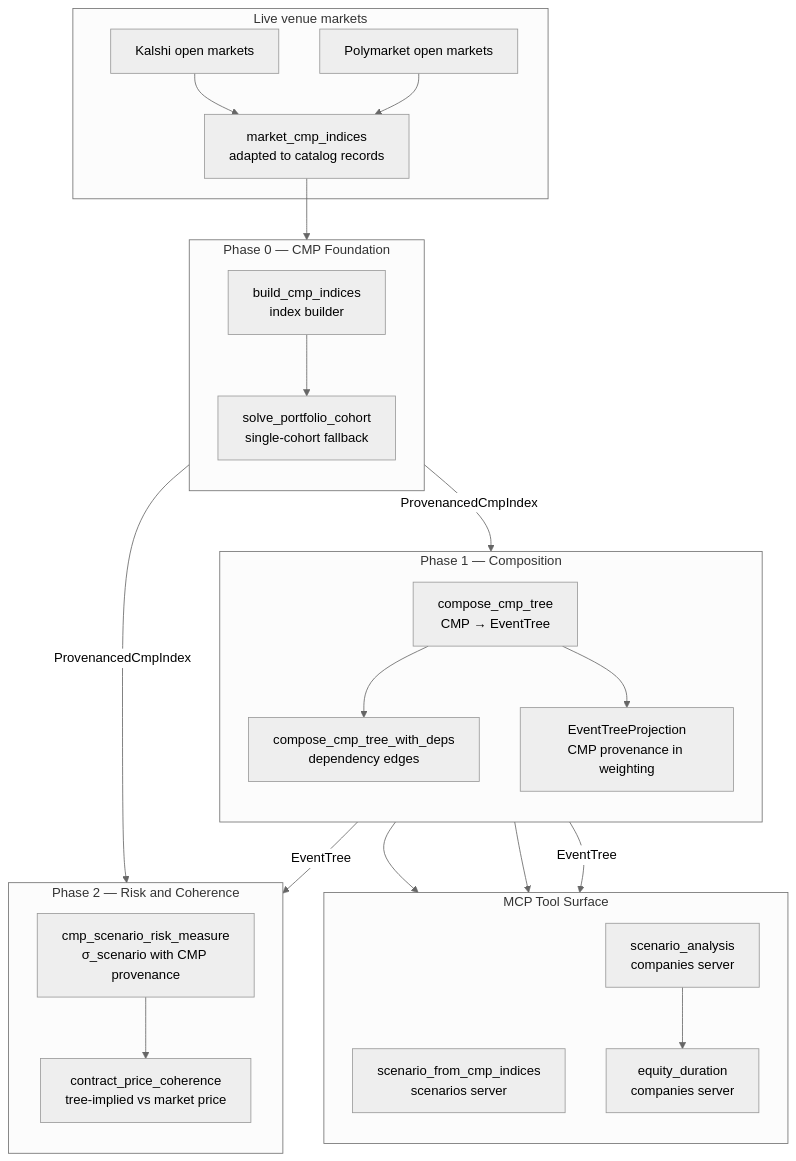
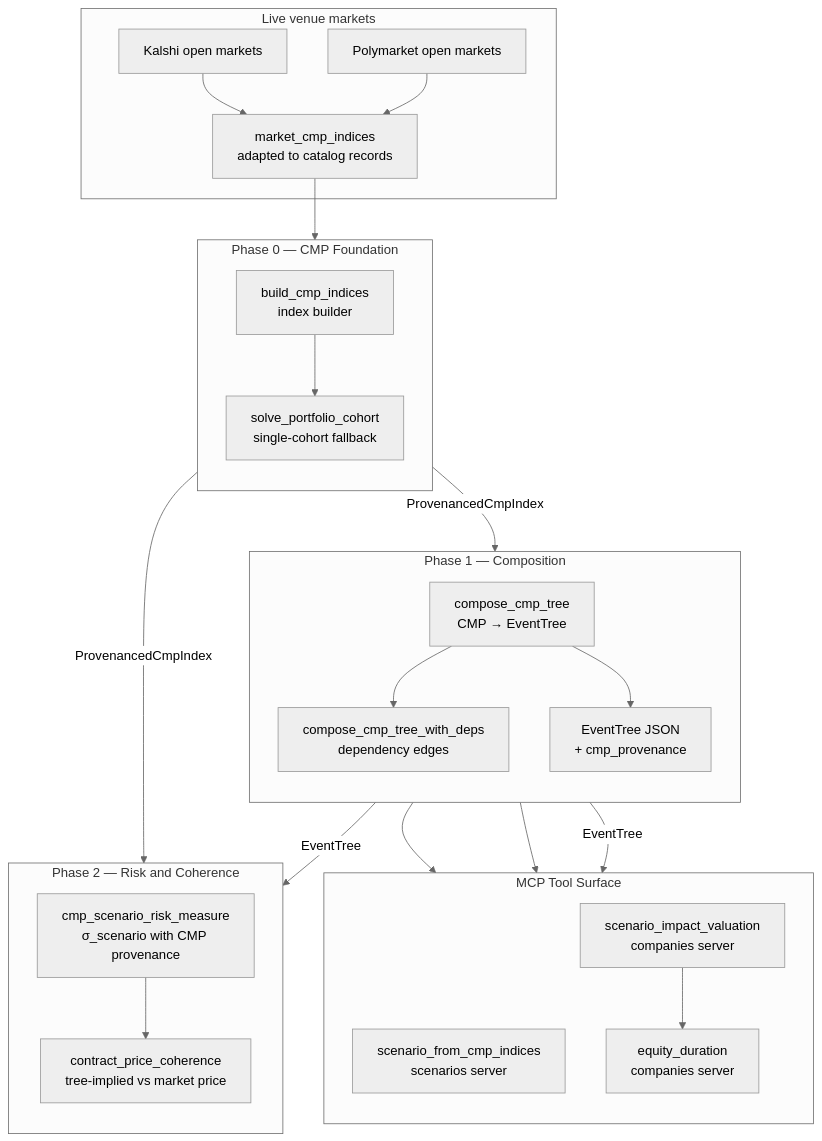
The first of 13 diagrams in kask/docs/diagrams/architecture.md (mdz-axo/zed-kask), drawn with Mermaid (neutral theme) before and after one commit. The commit also changed other lines of this file and 35 other files, not shown here.

First line of the commit message:
Delete the screening, reports, files, and 2x2 scenario tools from the companies server

````diff
--- a/kask/docs/diagrams/architecture.md
+++ b/kask/docs/diagrams/architecture.md
@@ -37,49 +37,49 @@
 ```mermaid
 graph TD
     subgraph venues["Live venue markets"]
         kalshi["Kalshi open markets"]
         gamma["Polymarket open markets"]
         contracts["market_cmp_indices<br/>adapted to catalog records"]
     end
 
     subgraph phase0["Phase 0 — CMP Foundation"]
         direction TB
         build["build_cmp_indices<br/>index builder"]
         cohort["solve_portfolio_cohort<br/>single-cohort fallback"]
         build --> cohort
     end
 
     subgraph phase1["Phase 1 — Composition"]
         direction TB
         compose["compose_cmp_tree<br/>CMP → EventTree"]
         deps["compose_cmp_tree_with_deps<br/>dependency edges"]
-        tree_weight["EventTreeProjection<br/>CMP provenance in weighting"]
+        tree_out["EventTree JSON<br/>+ cmp_provenance"]
         compose --> deps
-        compose --> tree_weight
+        compose --> tree_out
     end
 
     subgraph phase2["Phase 2 — Risk and Coherence"]
         direction TB
         risk["cmp_scenario_risk_measure<br/>σ_scenario with CMP provenance"]
         coherence["contract_price_coherence<br/>tree-implied vs market price"]
         risk --> coherence
     end
 
     subgraph mcp_tools["MCP Tool Surface"]
         direction TB
         tool_cmp["scenario_from_cmp_indices<br/>scenarios server"]
-        tool_analysis["scenario_analysis<br/>companies server"]
+        tool_impact["scenario_impact_valuation<br/>companies server"]
         tool_duration["equity_duration<br/>companies server"]
     end
 
     kalshi --> contracts
     gamma --> contracts
     contracts --> build
     phase0 -->|"ProvenancedCmpIndex"| phase1
     phase0 -->|"ProvenancedCmpIndex"| phase2
     phase1 -->|"EventTree"| phase2
-    phase1 -->|"EventTree"| tool_analysis
+    phase1 -->|"EventTree"| tool_impact
     compose --> tool_cmp
-    tree_weight --> tool_analysis
-    tool_analysis --> tool_duration
+    tree_out --> tool_impact
+    tool_impact --> tool_duration
 ```
````
